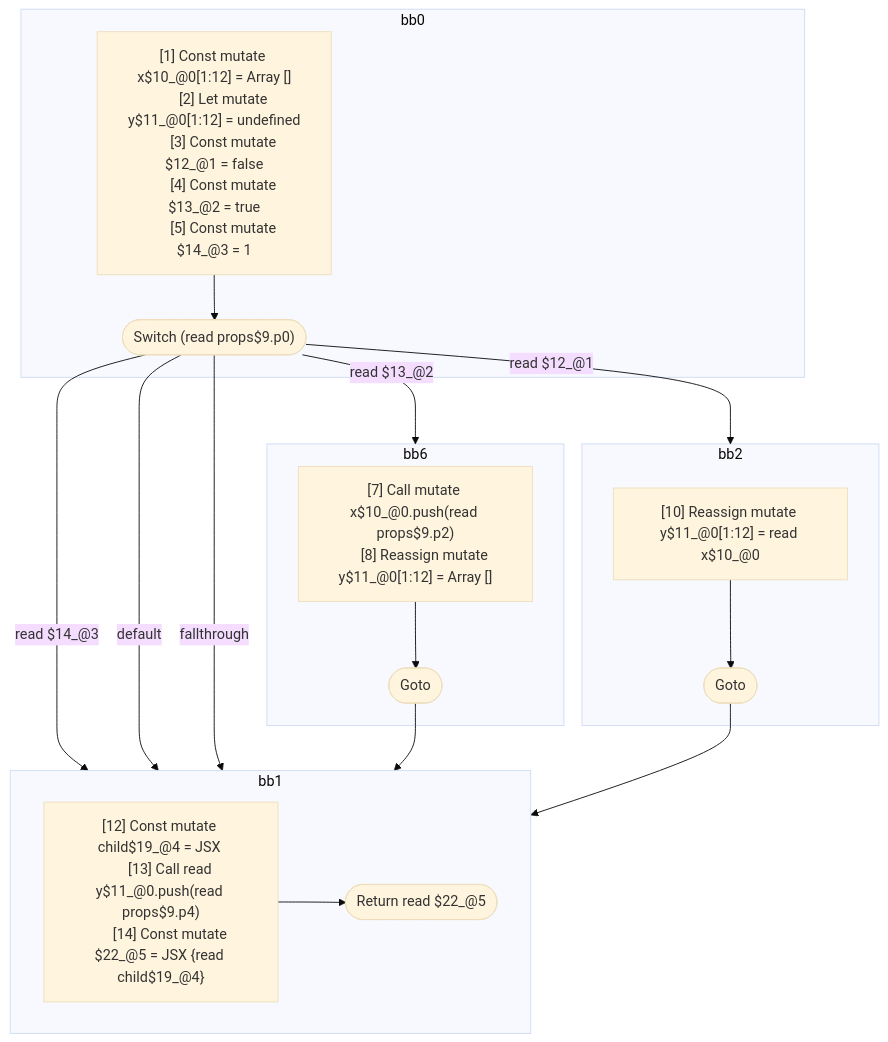
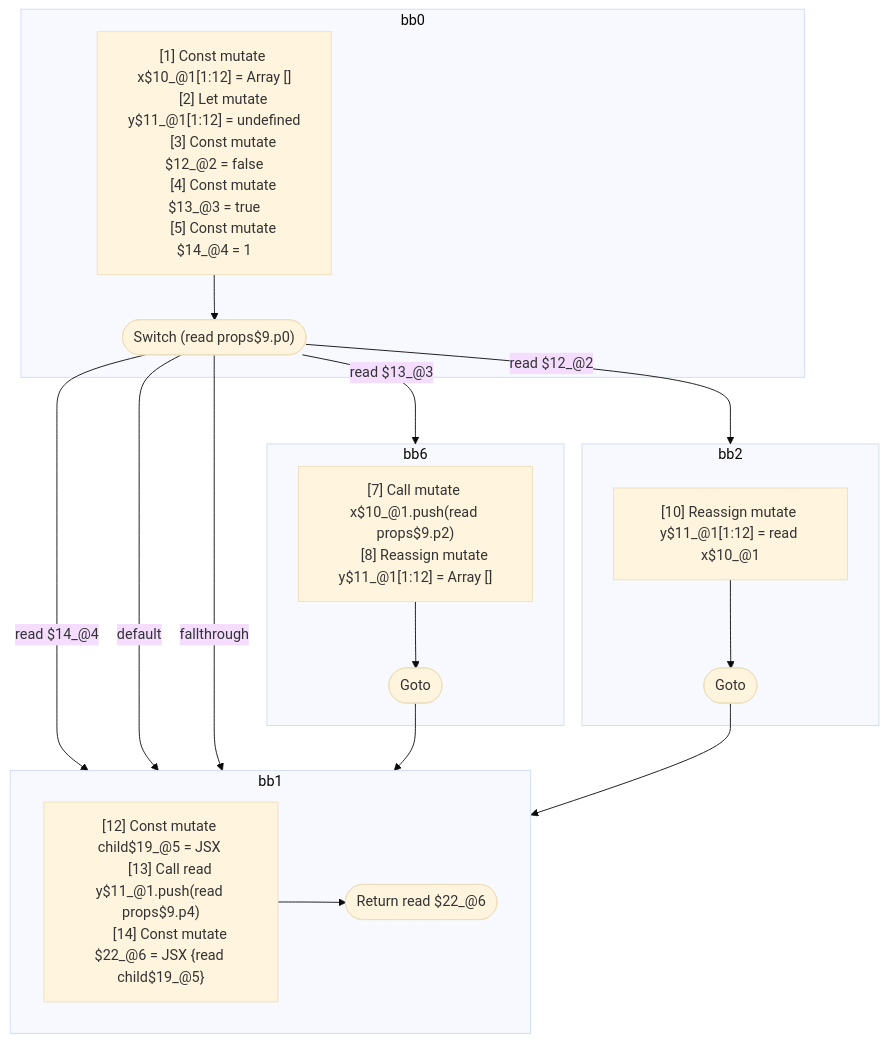
Before and after one commit to wutsmog/private: the diagram in compiler/forget/src/__tests__/fixtures/hir/switch-non-final-default.expect.md, drawn with Mermaid (base theme). The commit also changed other lines of this file and 9 other files, not shown here.

````diff
--- a/compiler/forget/src/__tests__/fixtures/hir/switch-non-final-default.expect.md
+++ b/compiler/forget/src/__tests__/fixtures/hir/switch-non-final-default.expect.md
@@ -77,45 +77,45 @@
 ```mermaid
 flowchart TB
   %% Basic Blocks
   subgraph bb0
     bb0_instrs["
-      [1] Const mutate x$10_@0[1:12] = Array []
-      [2] Let mutate y$11_@0[1:12] = undefined
-      [3] Const mutate $12_@1 = false
-      [4] Const mutate $13_@2 = true
-      [5] Const mutate $14_@3 = 1
+      [1] Const mutate x$10_@1[1:12] = Array []
+      [2] Let mutate y$11_@1[1:12] = undefined
+      [3] Const mutate $12_@2 = false
+      [4] Const mutate $13_@3 = true
+      [5] Const mutate $14_@4 = 1
     "]
     bb0_instrs --> bb0_terminal(["Switch (read props$9.p0)"])
   end
   subgraph bb6
     bb6_instrs["
-      [7] Call mutate x$10_@0.push(read props$9.p2)
-      [8] Reassign mutate y$11_@0[1:12] = Array []
+      [7] Call mutate x$10_@1.push(read props$9.p2)
+      [8] Reassign mutate y$11_@1[1:12] = Array []
     "]
     bb6_instrs --> bb6_terminal(["Goto"])
   end
   subgraph bb2
     bb2_instrs["
-      [10] Reassign mutate y$11_@0[1:12] = read x$10_@0
+      [10] Reassign mutate y$11_@1[1:12] = read x$10_@1
     "]
     bb2_instrs --> bb2_terminal(["Goto"])
   end
   subgraph bb1
     bb1_instrs["
-      [12] Const mutate child$19_@4 = JSX <read Component$0 data={freeze x$10_@0} ></read Component$0>
-      [13] Call read y$11_@0.push(read props$9.p4)
-      [14] Const mutate $22_@5 = JSX <read Component$0 data={freeze y$11_@0} >{read child$19_@4}</read Component$0>
+      [12] Const mutate child$19_@5 = JSX <read Component$0 data={freeze x$10_@1} ></read Component$0>
+      [13] Call read y$11_@1.push(read props$9.p4)
+      [14] Const mutate $22_@6 = JSX <read Component$0 data={freeze y$11_@1} >{read child$19_@5}</read Component$0>
     "]
-    bb1_instrs --> bb1_terminal(["Return read $22_@5"])
+    bb1_instrs --> bb1_terminal(["Return read $22_@6"])
   end
 
   %% Jumps
-  bb0_terminal -- "read $14_@3" --> bb1
-  bb0_terminal -- "read $13_@2" --> bb6
+  bb0_terminal -- "read $14_@4" --> bb1
+  bb0_terminal -- "read $13_@3" --> bb6
   bb0_terminal -- "default" --> bb1
-  bb0_terminal -- "read $12_@1" --> bb2
+  bb0_terminal -- "read $12_@2" --> bb2
   bb0_terminal -- "fallthrough" --> bb1
   bb6_terminal --> bb1
   bb2_terminal --> bb1
 
 ```
````
